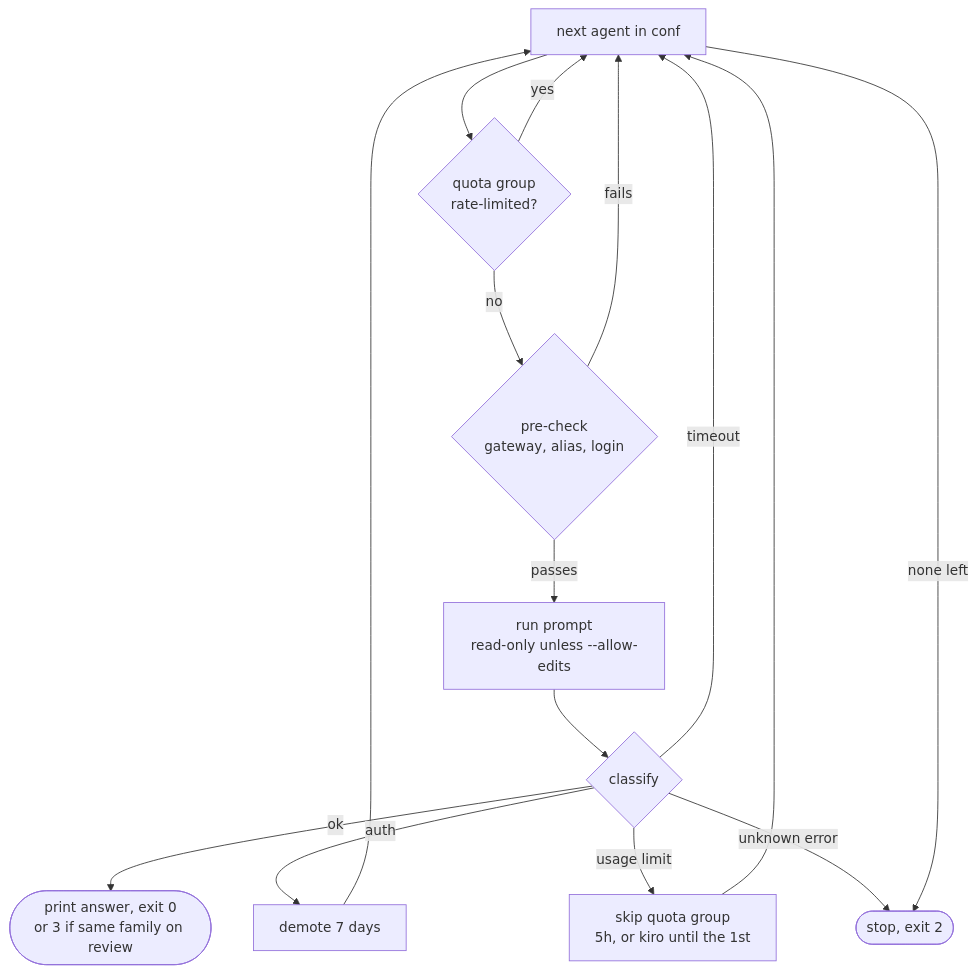
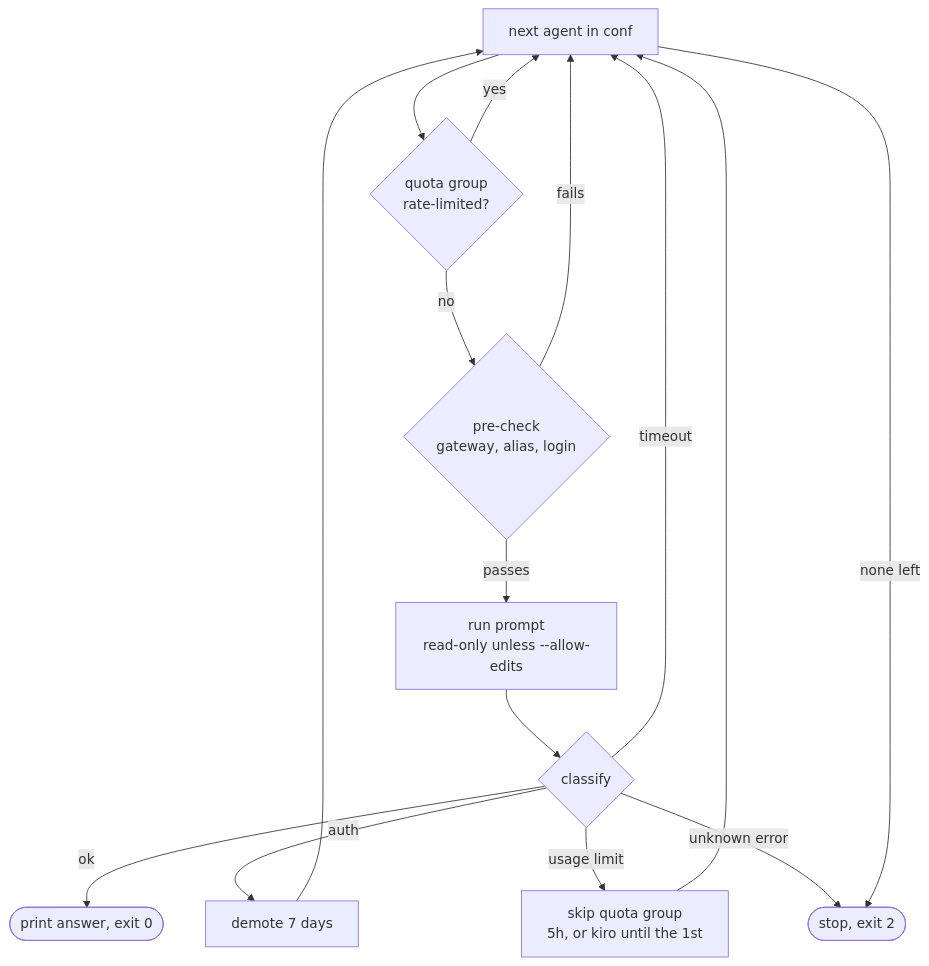
Before and after one commit to herocwhsu/agent-skills-setup: the second of 3 diagrams in README.md, drawn with Mermaid. The commit also changed other lines of this file and 7 other files, not shown here.

````diff
--- a/README.md
+++ b/README.md
@@ -552,15 +552,15 @@
 ```mermaid
 flowchart TD
     A[next agent in conf] --> B{quota group<br/>rate-limited?}
     B -- yes --> A
     B -- no --> C{pre-check<br/>gateway, alias, login}
     C -- fails --> A
     C -- passes --> D[run prompt<br/>read-only unless --allow-edits]
     D --> E{classify}
-    E -- ok --> F([print answer, exit 0<br/>or 3 if same family on review])
+    E -- ok --> F([print answer, exit 0])
     E -- auth --> G[demote 7 days] --> A
     E -- usage limit --> H[skip quota group<br/>5h, or kiro until the 1st] --> A
     E -- timeout --> A
     E -- unknown error --> X([stop, exit 2])
     A -- none left --> X
 ```
````
